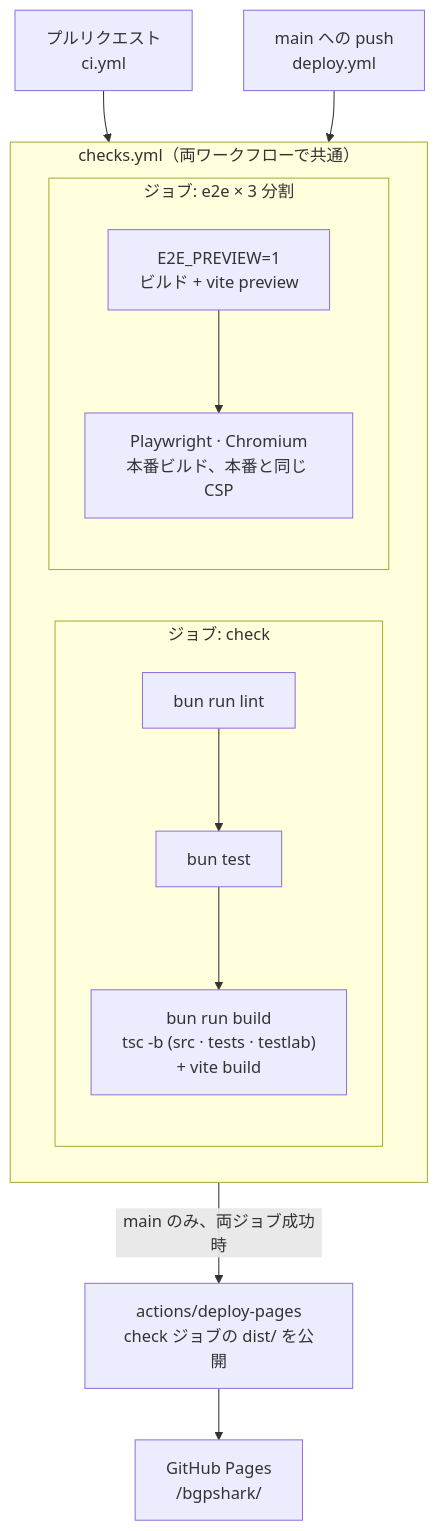
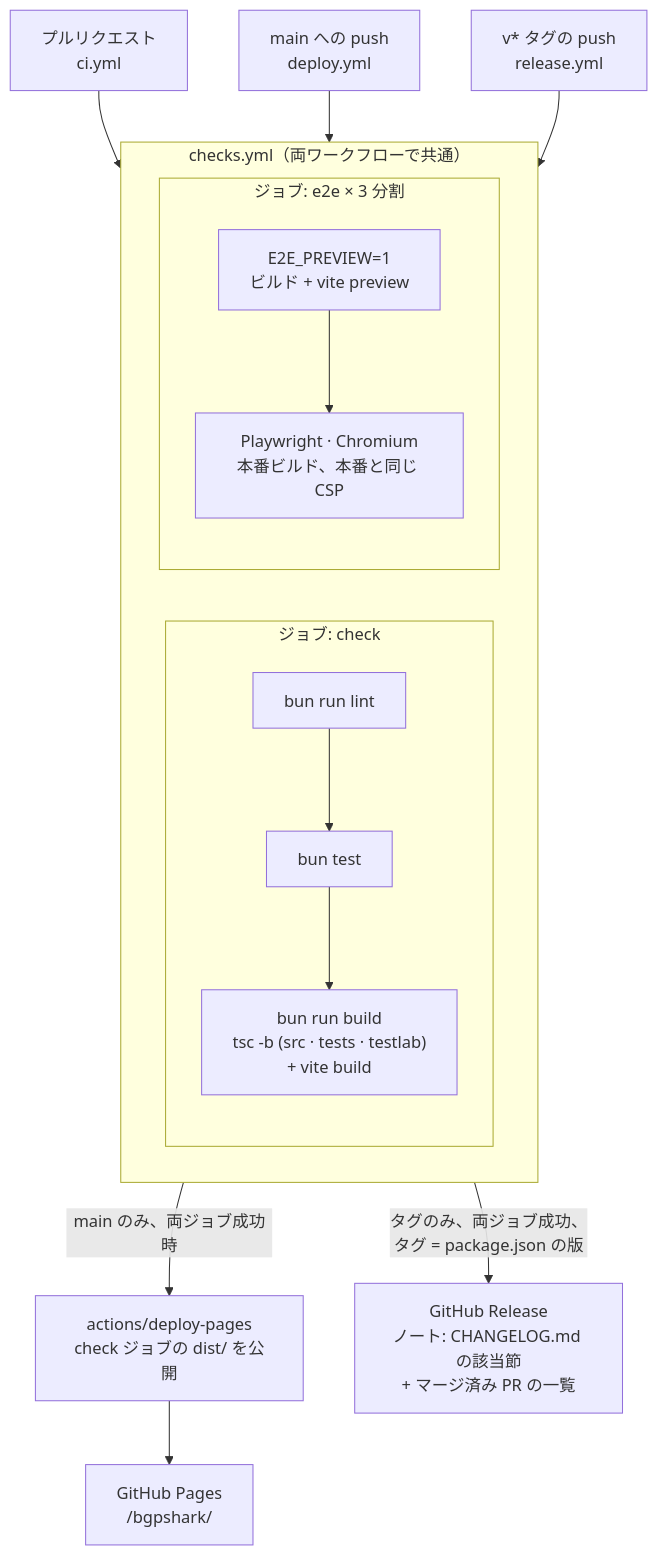
Diagram 13 of 13 in docs/architecture.ja.md (shmuto/bgpshark), drawn with Mermaid before and after one commit. The commit also changed other lines of this file and 6 other files, not shown here.

First line of the commit message:
Publish a GitHub Release when a version tag is pushed

````diff
--- a/docs/architecture.ja.md
+++ b/docs/architecture.ja.md
@@ -504,20 +504,22 @@
 ```mermaid
 flowchart TB
     pr["プルリクエスト<br/>ci.yml"] --> checks
     push["main への push<br/>deploy.yml"] --> checks
+    tag["v* タグの push<br/>release.yml"] --> checks
 
     subgraph checks["checks.yml（両ワークフローで共通）"]
         direction LR
         subgraph job1["ジョブ: check"]
             direction TB
             lint["bun run lint"] --> unit["bun test"] --> build["bun run build<br/>tsc -b (src · tests · testlab)<br/>+ vite build"]
         end
         subgraph job2["ジョブ: e2e × 3 分割"]
             direction TB
             pbuild["E2E_PREVIEW=1<br/>ビルド + vite preview"] --> pw["Playwright · Chromium<br/>本番ビルド、本番と同じ CSP"]
         end
     end
 
     checks -- "main のみ、両ジョブ成功時" --> deploy["actions/deploy-pages<br/>check ジョブの dist/ を公開"]
     deploy --> gp["GitHub Pages<br/>/bgpshark/"]
+    checks -- "タグのみ、両ジョブ成功、<br/>タグ = package.json の版" --> rel["GitHub Release<br/>ノート: CHANGELOG.md の該当節<br/>+ マージ済み PR の一覧"]
 ```
````
